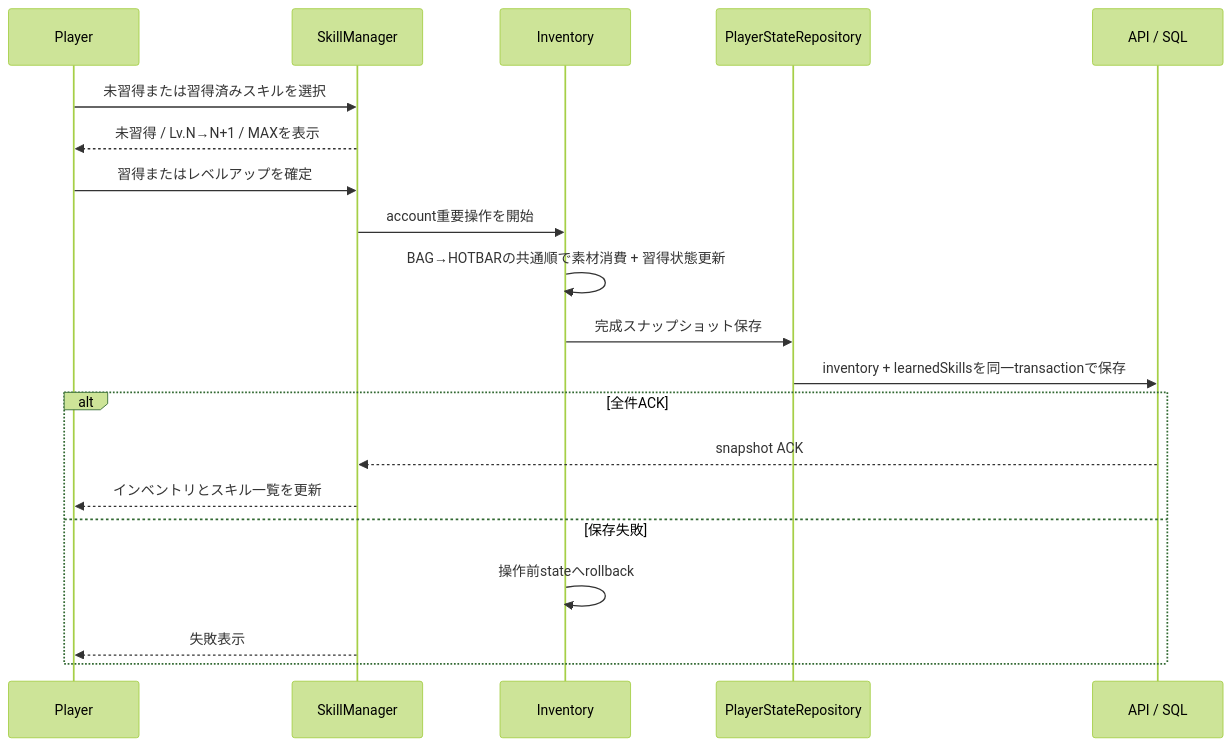
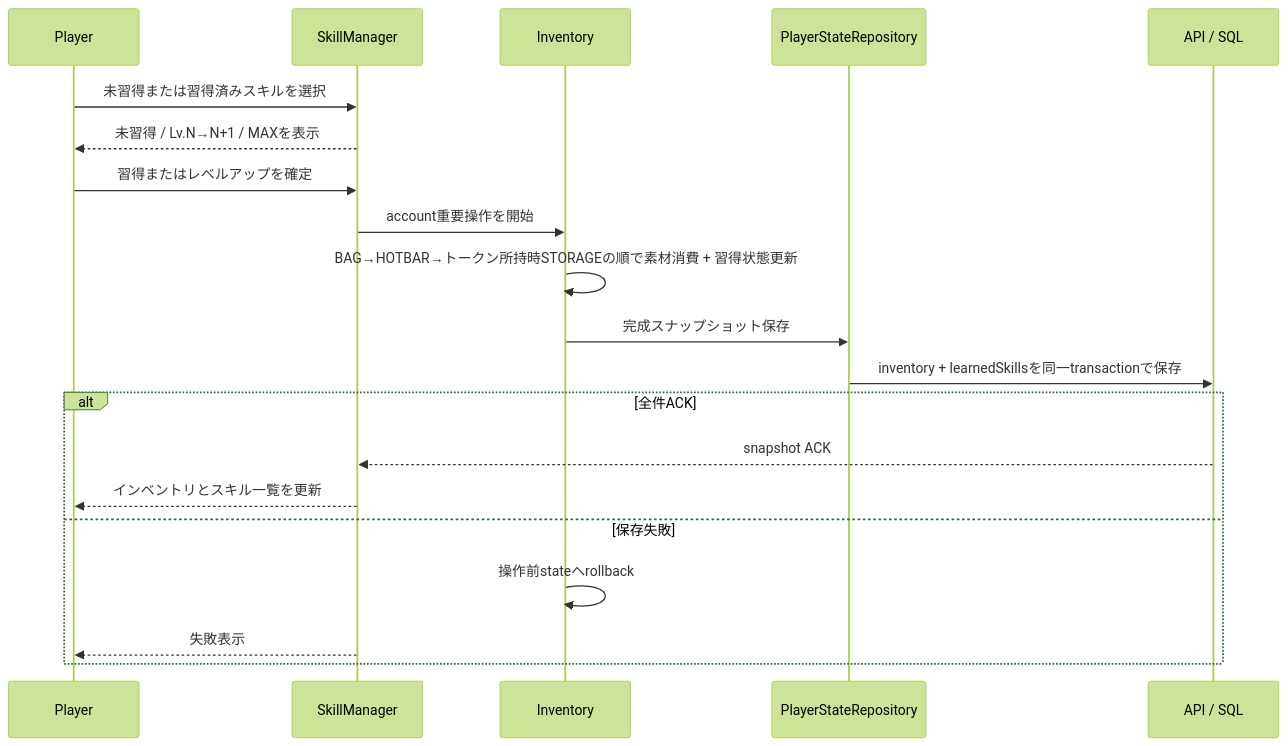
Before and after one commit to maaasu/AstralRecord-Workspace: the second of 3 diagrams in 00_docs/10_Plugin設計書/feature/13-skill/4-統合フロー/13_4-スキルバインドGUI.md, drawn with Mermaid (forest theme). The commit also changed other lines of this file and 29 other files, not shown here.

````diff
--- a/00_docs/10_Plugin設計書/feature/13-skill/4-統合フロー/13_4-スキルバインドGUI.md
+++ b/00_docs/10_Plugin設計書/feature/13-skill/4-統合フロー/13_4-スキルバインドGUI.md
@@ -38,23 +40,23 @@
 ```mermaid
 sequenceDiagram
     participant Player
     participant SkillManager
     participant Inventory
     participant Snapshot as PlayerStateRepository
     participant SQL as API / SQL
 
     Player->>SkillManager: 未習得または習得済みスキルを選択
     SkillManager-->>Player: 未習得 / Lv.N→N+1 / MAXを表示
     Player->>SkillManager: 習得またはレベルアップを確定
     SkillManager->>Inventory: account重要操作を開始
-    Inventory->>Inventory: BAG→HOTBARの共通順で素材消費 + 習得状態更新
+    Inventory->>Inventory: BAG→HOTBAR→トークン所持時STORAGEの順で素材消費 + 習得状態更新
     Inventory->>Snapshot: 完成スナップショット保存
     Snapshot->>SQL: inventory + learnedSkillsを同一transactionで保存
     alt 全件ACK
         SQL-->>SkillManager: snapshot ACK
         SkillManager-->>Player: インベントリとスキル一覧を更新
     else 保存失敗
         Inventory->>Inventory: 操作前stateへrollback
         SkillManager-->>Player: 失敗表示
     end
 ```
````
